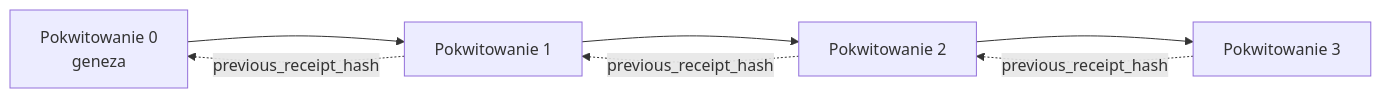
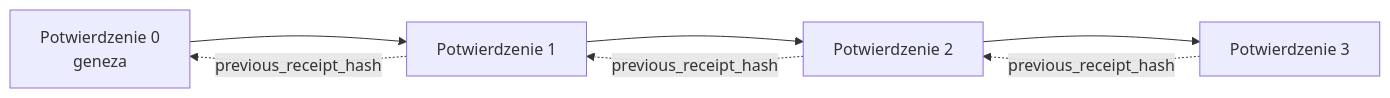
Before and after one commit to microsoft/ai-agents-for-beginners: the second of 2 diagrams in translations/pl/18-securing-ai-agents/README.md, drawn with Mermaid. The commit also changed other lines of this file and 47 other files, not shown here.

````diff
--- a/translations/pl/18-securing-ai-agents/README.md
+++ b/translations/pl/18-securing-ai-agents/README.md
@@ -206,9 +203,9 @@
 ```mermaid
 flowchart LR
-    R0[Pokwitowanie 0<br/>geneza] --> R1[Pokwitowanie 1]
-    R1 --> R2[Pokwitowanie 2]
-    R2 --> R3[Pokwitowanie 3]
+    R0[Potwierdzenie 0<br/>geneza] --> R1[Potwierdzenie 1]
+    R1 --> R2[Potwierdzenie 2]
+    R2 --> R3[Potwierdzenie 3]
     R1 -. previous_receipt_hash .-> R0
     R2 -. previous_receipt_hash .-> R1
     R3 -. previous_receipt_hash .-> R2
 ```
````
